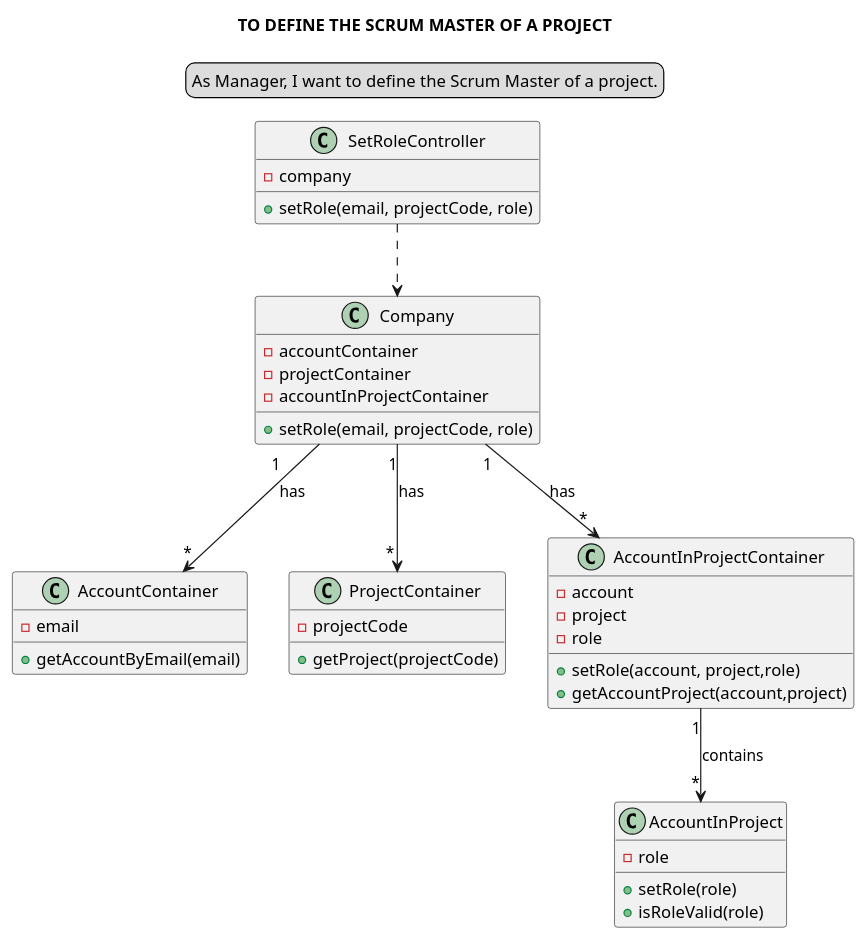
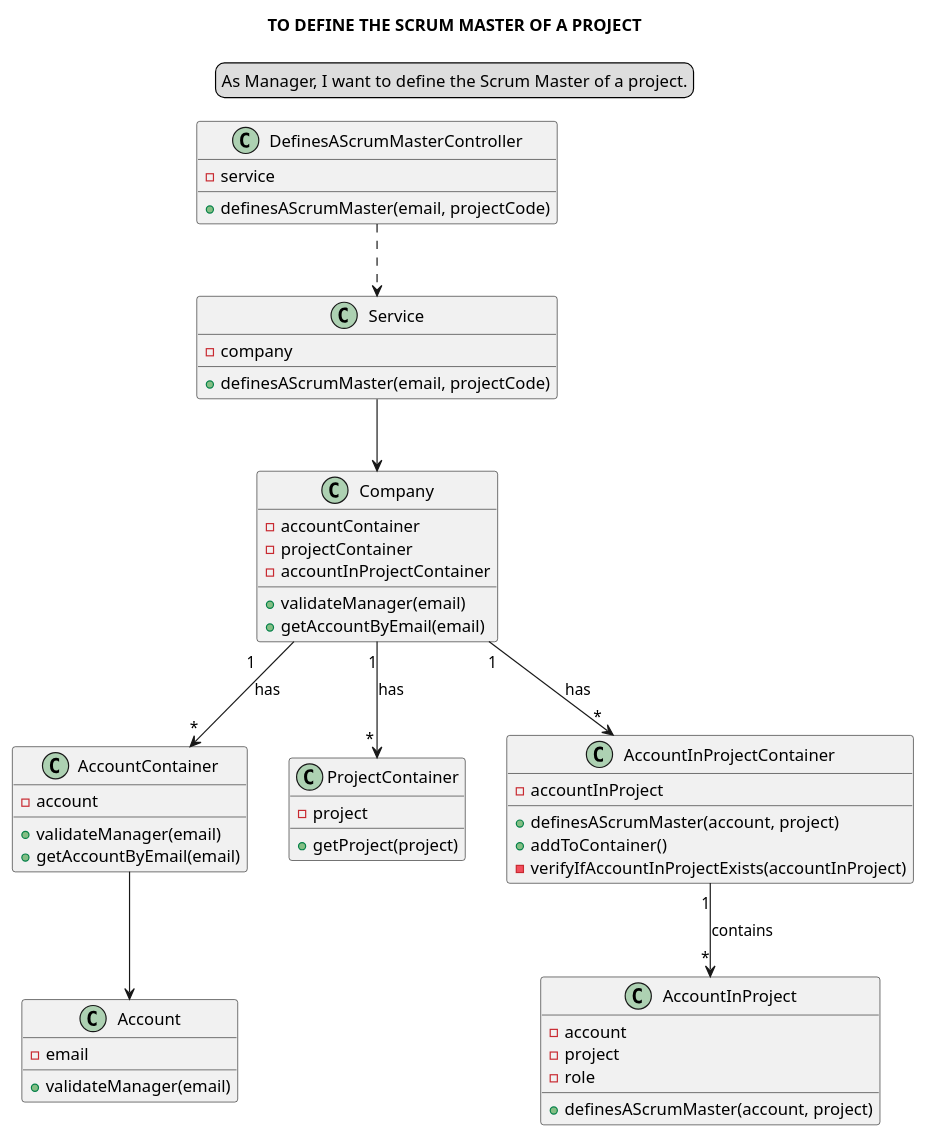
The diagram in docs/modelling_design/user_stories/us013/US013_classDiagram.puml (Loracline/project_switch_22-23), drawn with PlantUML before and after one commit. The commit also changed 1 other file, not shown here.

Commit message:
US013: Design: Refined class and sequence diagrams

```diff
--- a/docs/modelling_design/user_stories/us013/US013_classDiagram.puml
+++ b/docs/modelling_design/user_stories/us013/US013_classDiagram.puml
@@ -2,56 +2,56 @@
 @startuml
 
 skinparam sequenceMessageAlign center
 title TO DEFINE THE SCRUM MASTER OF A PROJECT
 legend top
 As Manager, I want to define the Scrum Master of a project.
 end legend
 
-class SetRoleController {
+class DefinesAScrumMasterController {
+-service
++definesAScrumMaster(email, projectCode)
+}
+class Service {
 -company
-+setRole(email, projectCode, role)
++definesAScrumMaster(email, projectCode)
 }
-
 class Company {
 -accountContainer
 -projectContainer
 -accountInProjectContainer
-+setRole(email, projectCode, role)
++validateManager(email)
++getAccountByEmail(email)
 }
-
 class AccountContainer {
+-account
++validateManager(email)
++getAccountByEmail(email)
+}
+class Account {
 -email
-+getAccountByEmail(email)
-
++validateManager(email)
 }
-
 class ProjectContainer{
--projectCode
-+getProject(projectCode)
+-project
++getProject(project)
 }
-
 class AccountInProjectContainer{
+-accountInProject
++definesAScrumMaster(account, project)
++addToContainer()
+-verifyIfAccountInProjectExists(accountInProject)
+}
+class AccountInProject{
 -account
 -project
 -role
-+setRole(account, project,role)
-+getAccountProject(account,project)
++definesAScrumMaster(account, project)
 }
-
-class AccountInProject{
--role
-+setRole(role)
-+isRoleValid(role)
-}
-
-
-SetRoleController ..> Company
+AccountContainer --> Account
+DefinesAScrumMasterController ..> Service
+Service --> Company
 Company "1       " --> "*"AccountContainer: has
 Company "1"--> "        *"ProjectContainer: has
 Company "1 "-->"*" AccountInProjectContainer: has
 AccountInProjectContainer "    1"--> "   *"AccountInProject: contains
-
-
-
-
 @enduml
```
